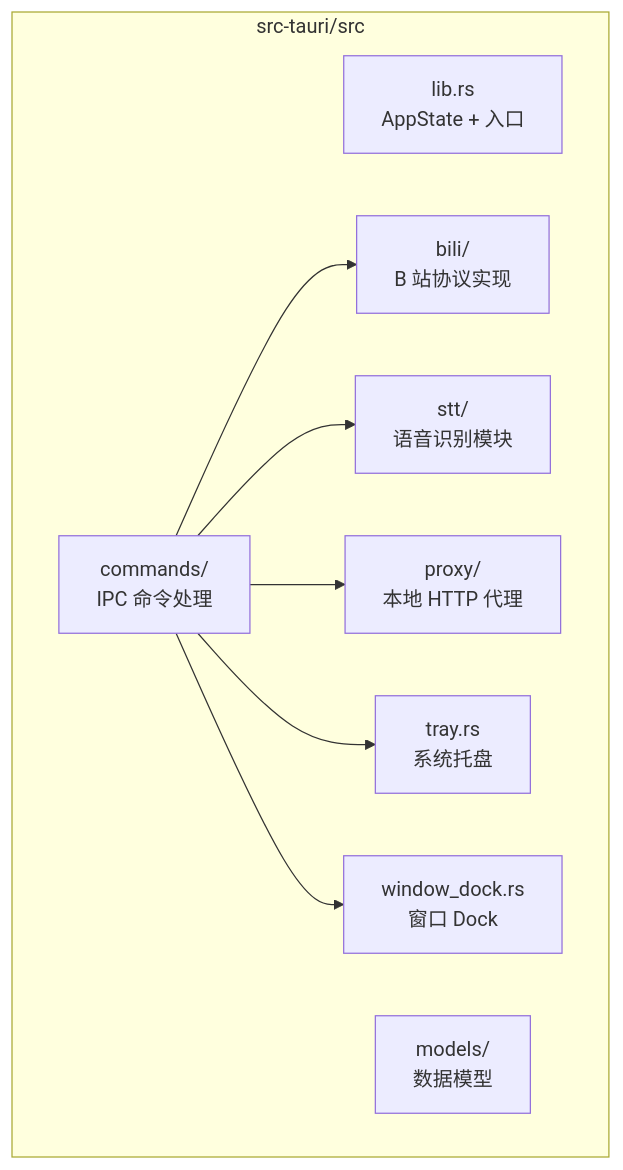
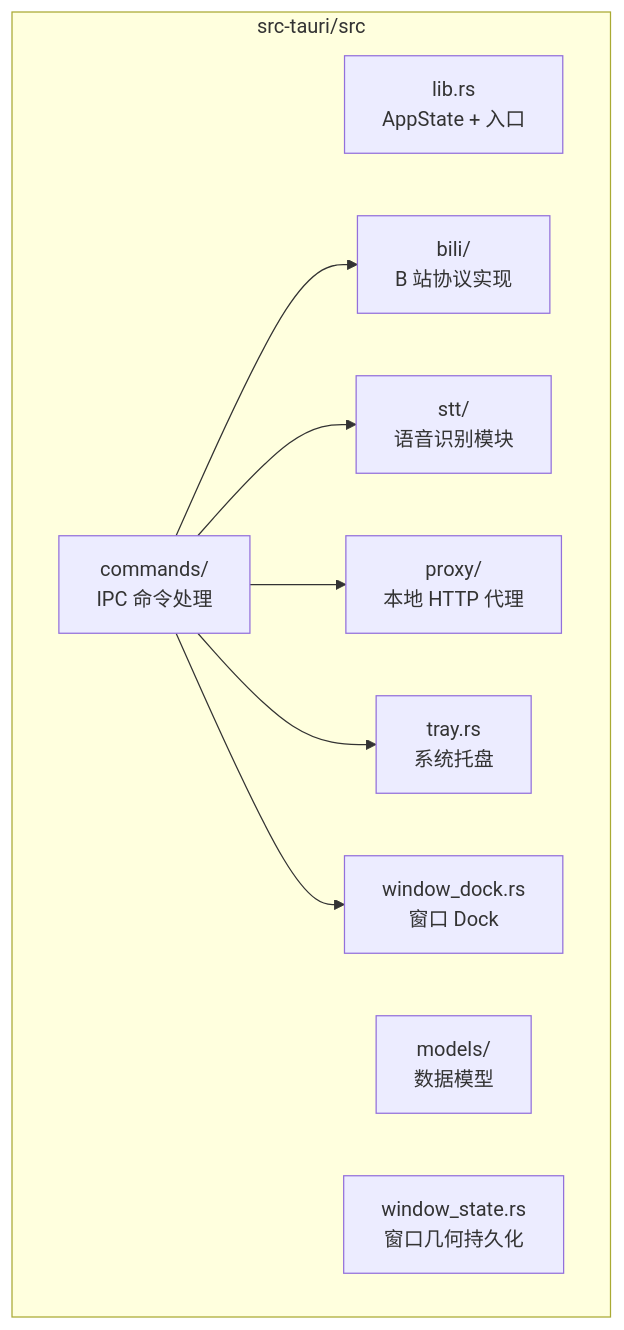
Before and after one commit to sfqy211/bilidanmu: the first of 2 diagrams in docs/architecture/backend.md, drawn with Mermaid. The commit also changed 11 other files, not shown here.

````diff
--- a/docs/architecture/backend.md
+++ b/docs/architecture/backend.md
@@ -20,19 +20,20 @@
 ```mermaid
 graph TB
     subgraph BiliDanmu["src-tauri/src"]
         lib["lib.rs<br/>AppState + 入口"]
         commands["commands/<br/>IPC 命令处理"]
         bili["bili/<br/>B 站协议实现"]
         models["models/<br/>数据模型"]
         stt["stt/<br/>语音识别模块"]
         proxy["proxy/<br/>本地 HTTP 代理"]
         tray["tray.rs<br/>系统托盘"]
         window["window_dock.rs<br/>窗口 Dock"]
+        state["window_state.rs<br/>窗口几何持久化"]
     end
 
     commands --> bili
     commands --> stt
     commands --> proxy
     commands --> tray
     commands --> window
 ```
````
